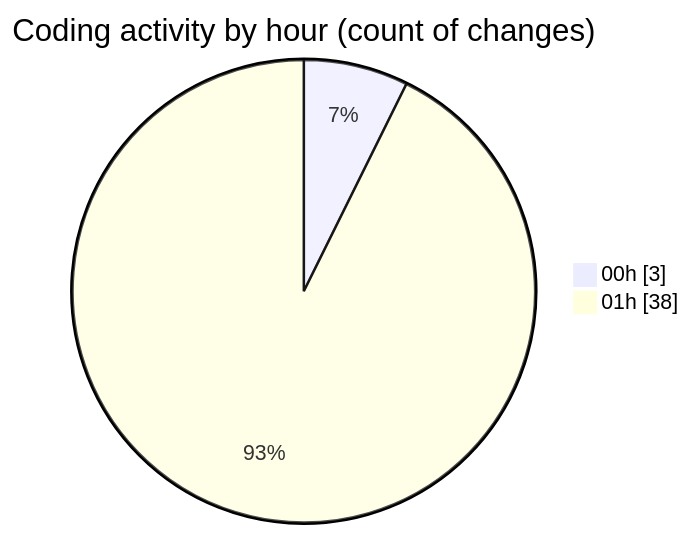
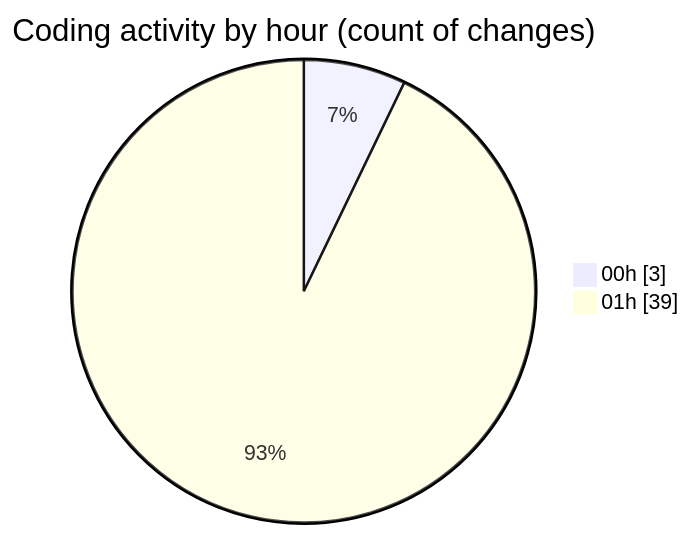
Before and after one commit to mevix1/code-tracking: the second of 2 diagrams in 2025-10-02/oura-api/README.md, drawn with Mermaid. The commit also changed other lines of this file and 1 other file, not shown here.

````diff
--- a/2025-10-02/oura-api/README.md
+++ b/2025-10-02/oura-api/README.md
@@ -66,6 +67,6 @@
 ```mermaid
 pie showData
 title Coding activity by hour (count of changes)
 "00h" : 3
-"01h" : 38
+"01h" : 39
 ```
````
